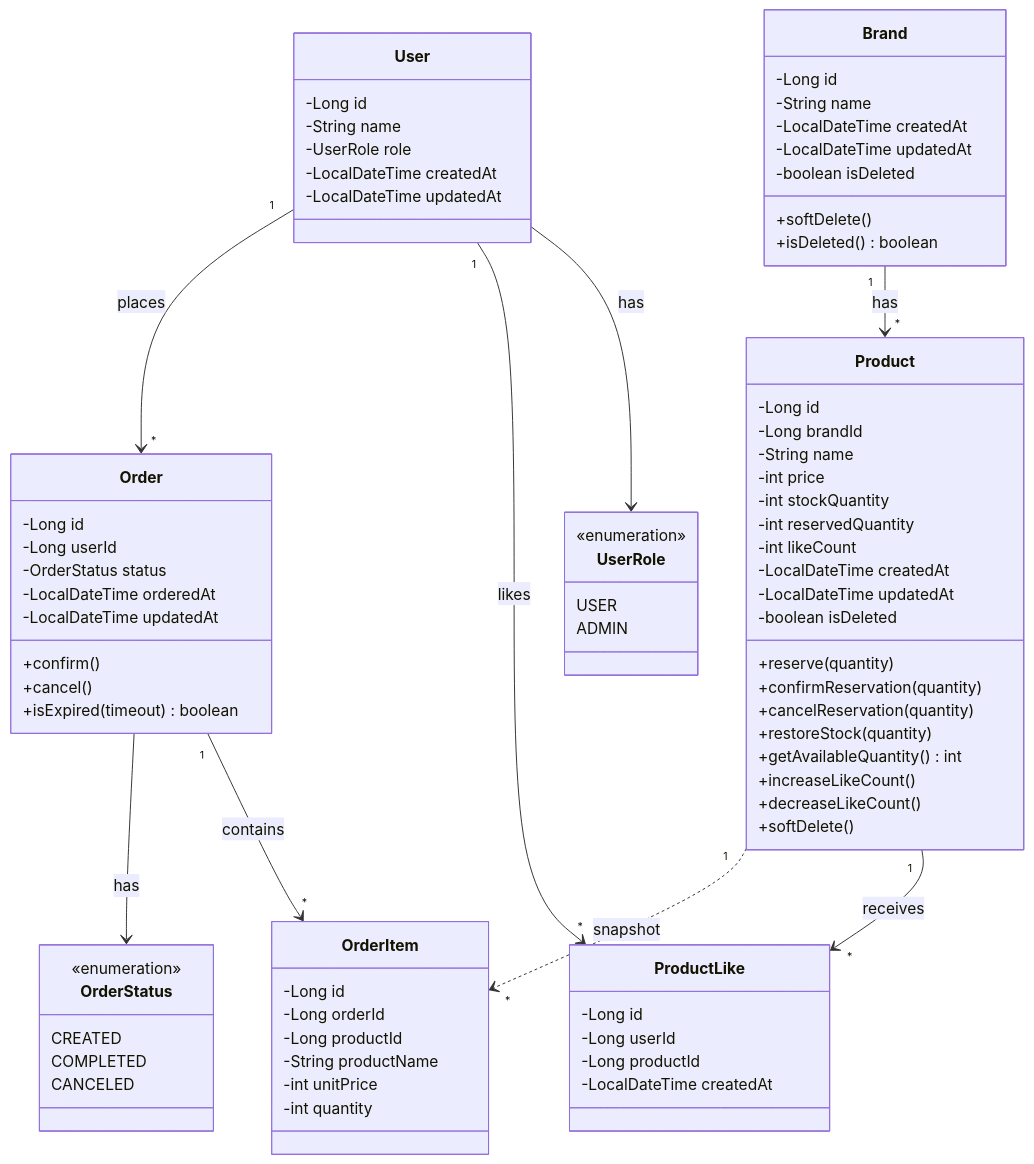
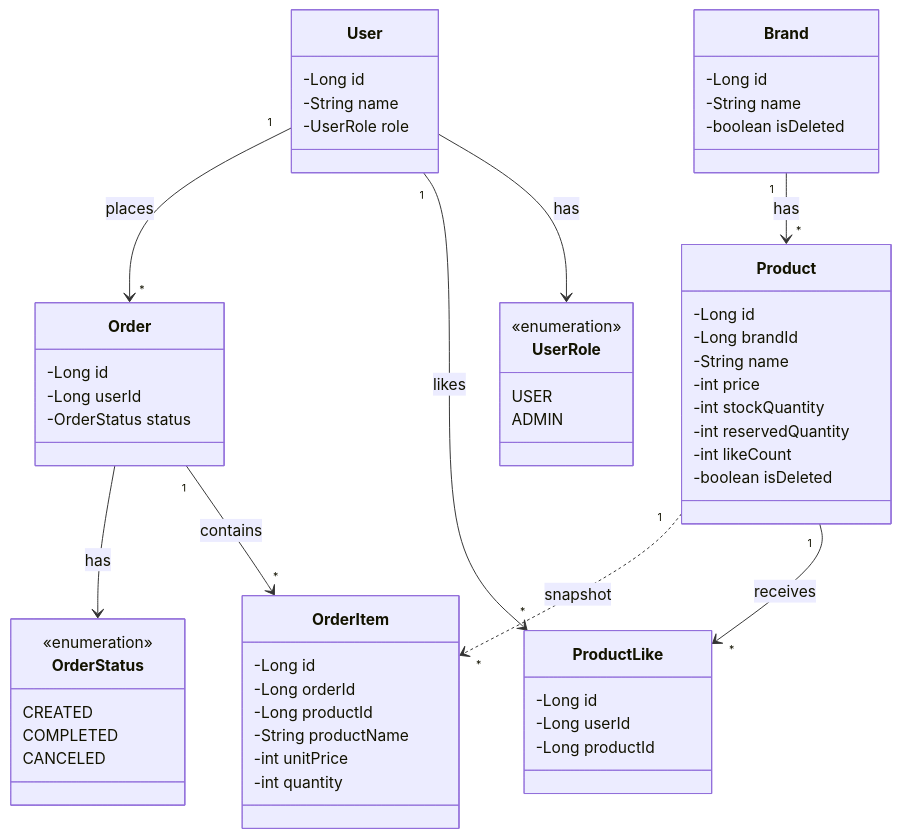
The diagram in docs/design/03-class-diagram.md (kimjunyoung90/loop-pack-be-l2-vol3-java), drawn with Mermaid before and after one commit.

Commit message:
docs: class diagram 필드 간소화

```diff
--- a/docs/design/03-class-diagram.md
+++ b/docs/design/03-class-diagram.md
@@ -8,8 +8,6 @@
         -Long id
         -String name
         -UserRole role
-        -LocalDateTime createdAt
-        -LocalDateTime updatedAt
     }
 
     class UserRole {
@@ -21,11 +19,7 @@
     class Brand {
         -Long id
         -String name
-        -LocalDateTime createdAt
-        -LocalDateTime updatedAt
         -boolean isDeleted
-        +softDelete()
-        +isDeleted() boolean
     }
 
     class Product {
@@ -36,35 +30,19 @@
         -int stockQuantity
         -int reservedQuantity
         -int likeCount
-        -LocalDateTime createdAt
-        -LocalDateTime updatedAt
         -boolean isDeleted
-        +reserve(quantity)
-        +confirmReservation(quantity)
-        +cancelReservation(quantity)
-        +restoreStock(quantity)
-        +getAvailableQuantity() int
-        +increaseLikeCount()
-        +decreaseLikeCount()
-        +softDelete()
     }
 
     class ProductLike {
         -Long id
         -Long userId
         -Long productId
-        -LocalDateTime createdAt
     }
 
     class Order {
         -Long id
         -Long userId
         -OrderStatus status
-        -LocalDateTime orderedAt
-        -LocalDateTime updatedAt
-        +confirm()
-        +cancel()
-        +isExpired(timeout) boolean
     }
 
     class OrderItem {
```
